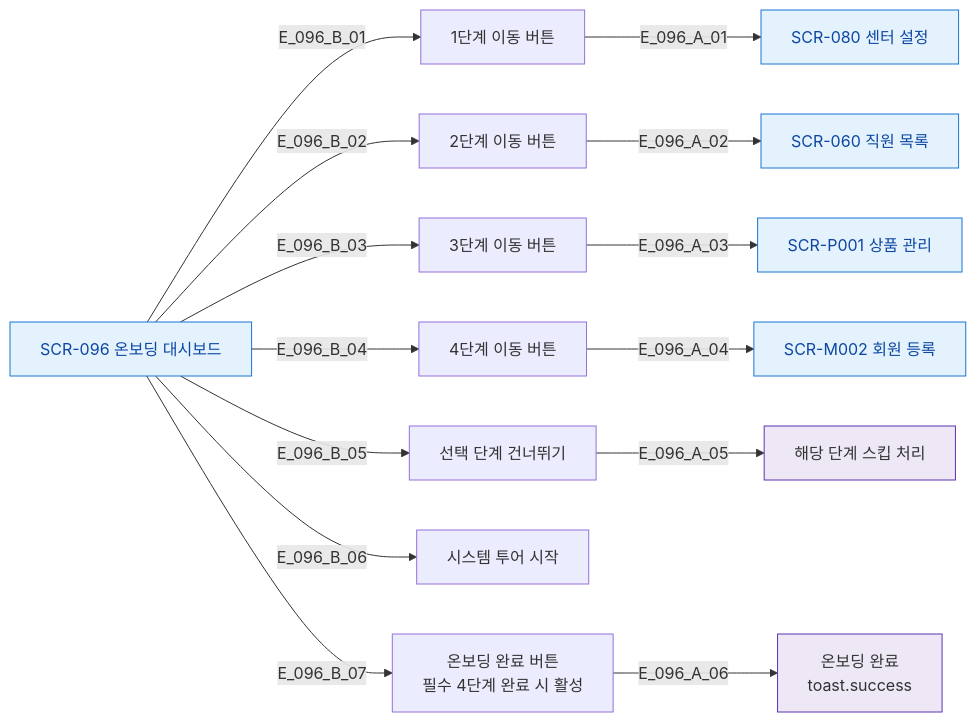
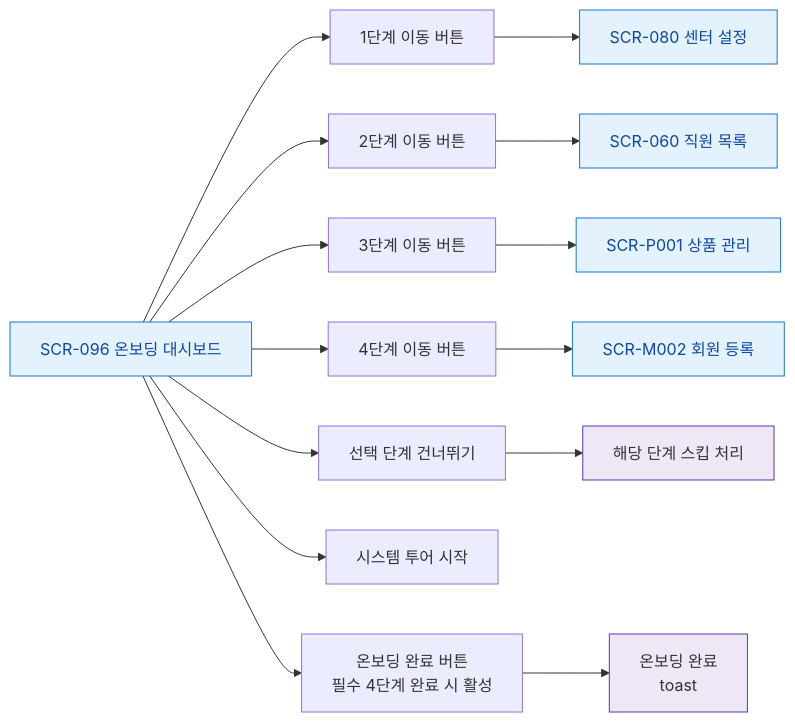
The diagram in docs/다이어그램/D10_본사관리/SCR-096_온보딩대시보드/F3_버튼액션.md (dev-spogym/admin-pando), drawn with Mermaid before and after one commit. The commit also changed other lines of this file and 1660 other files, not shown here.

First line of the commit message:
다이어그램: 기획자/클라이언트 납품본으로 정리

````diff
--- a/docs/다이어그램/D10_본사관리/SCR-096_온보딩대시보드/F3_버튼액션.md
+++ b/docs/다이어그램/D10_본사관리/SCR-096_온보딩대시보드/F3_버튼액션.md
@@ -14,25 +12,25 @@
 ```mermaid
 flowchart LR
   SCR_096[SCR-096 온보딩 대시보드]
 
-  SCR_096 -->|E_096_B_01| BTN_S1[1단계 이동 버튼]
-  SCR_096 -->|E_096_B_02| BTN_S2[2단계 이동 버튼]
-  SCR_096 -->|E_096_B_03| BTN_S3[3단계 이동 버튼]
-  SCR_096 -->|E_096_B_04| BTN_S4[4단계 이동 버튼]
-  SCR_096 -->|E_096_B_05| BTN_SKIP[선택 단계 건너뛰기]
-  SCR_096 -->|E_096_B_06| BTN_TOUR[시스템 투어 시작]
-  SCR_096 -->|E_096_B_07| BTN_COMPLETE[온보딩 완료 버튼\n필수 4단계 완료 시 활성]
+  SCR_096 --> BTN_S1[1단계 이동 버튼]
+  SCR_096 --> BTN_S2[2단계 이동 버튼]
+  SCR_096 --> BTN_S3[3단계 이동 버튼]
+  SCR_096 --> BTN_S4[4단계 이동 버튼]
+  SCR_096 --> BTN_SKIP[선택 단계 건너뛰기]
+  SCR_096 --> BTN_TOUR[시스템 투어 시작]
+  SCR_096 --> BTN_COMPLETE[온보딩 완료 버튼\n필수 4단계 완료 시 활성]
 
-  BTN_S1 -->|E_096_A_01| SCR_080[SCR-080 센터 설정]
-  BTN_S2 -->|E_096_A_02| SCR_060[SCR-060 직원 목록]
-  BTN_S3 -->|E_096_A_03| SCR_P001[SCR-P001 상품 관리]
-  BTN_S4 -->|E_096_A_04| SCR_M002[SCR-M002 회원 등록]
-  BTN_SKIP -->|E_096_A_05| ACT_SKIP[해당 단계 스킵 처리]
-  BTN_COMPLETE -->|E_096_A_06| ACT_COMPLETE[온보딩 완료\ntoast.success]
+  BTN_S1 --> SCR_080[SCR-080 센터 설정]
+  BTN_S2 --> SCR_060[SCR-060 직원 목록]
+  BTN_S3 --> SCR_P001[SCR-P001 상품 관리]
+  BTN_S4 --> SCR_M002[SCR-M002 회원 등록]
+  BTN_SKIP --> ACT_SKIP[해당 단계 스킵 처리]
+  BTN_COMPLETE --> ACT_COMPLETE[온보딩 완료\ntoast]
 
   classDef screen fill:#E3F2FD,stroke:#1976D2,color:#0D47A1
   classDef system fill:#EDE7F6,stroke:#5E35B2
 
   class SCR_096,SCR_080,SCR_060,SCR_P001,SCR_M002 screen
   class ACT_SKIP,ACT_COMPLETE system
 ```
````
